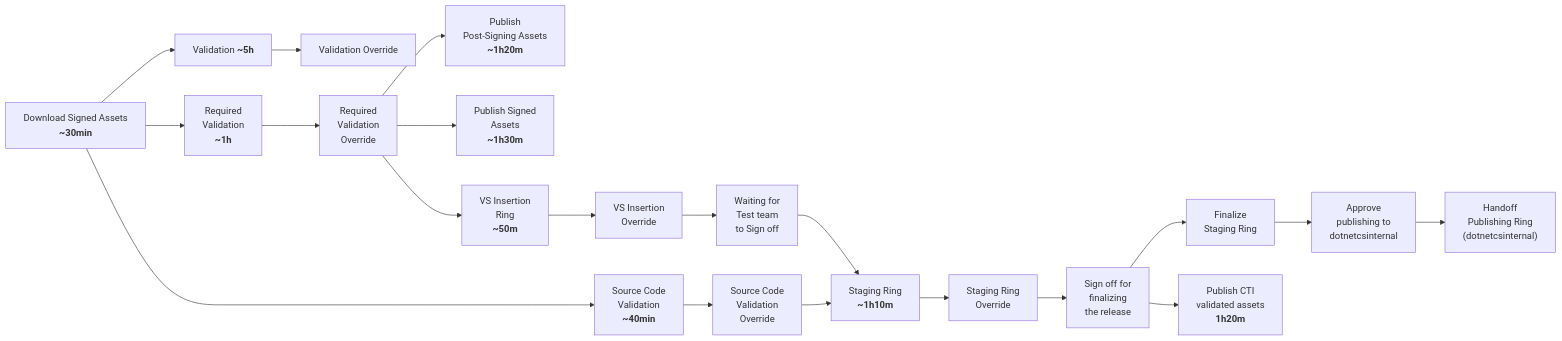
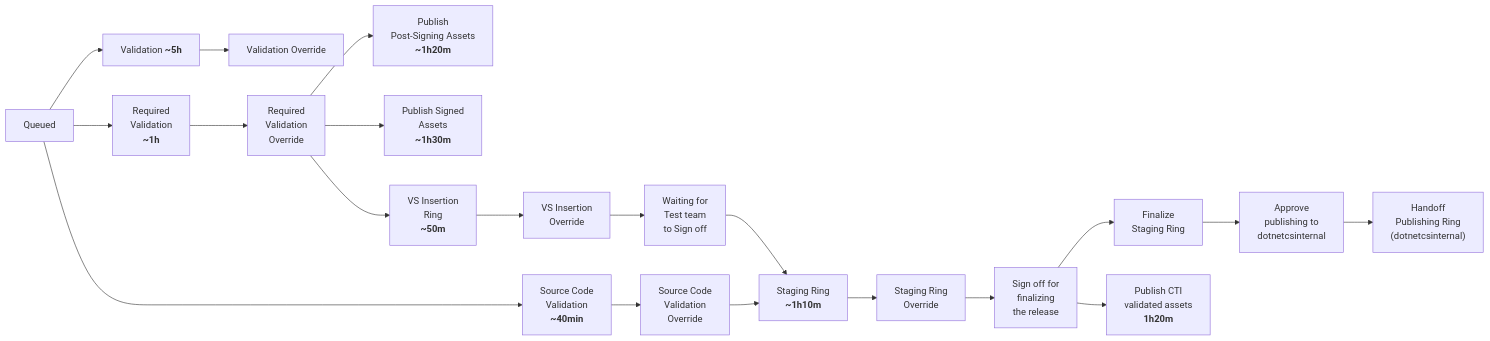
Before and after one commit to dotnet/arcade: the third of 4 diagrams in Documentation/TeamProcess/One-Pagers/retrying-stages-staging-pipeline.md, drawn with Mermaid. The commit also changed other lines of this file, not shown here.

````diff
--- a/Documentation/TeamProcess/One-Pagers/retrying-stages-staging-pipeline.md
+++ b/Documentation/TeamProcess/One-Pagers/retrying-stages-staging-pipeline.md
@@ -87,22 +87,22 @@
 ```mermaid
 flowchart LR;
-  downloadAssets["Download Signed Assets \n <b>~30min</b>"] --> validation["Validation <b>~5h</b>"]
+  start["Queued \n"] --> validation["Validation <b>~5h</b>"]
   validation --> validation_override[Validation Override]
-  downloadAssets--> source_code_validation["Source Code \n Validation \n <b>~40min</b>"]
+  start--> source_code_validation["Source Code \n Validation \n <b>~40min</b>"]
   source_code_validation --> source_code_validation_override[Source Code \n Validation \n Override]
-  downloadAssets--> required_validation["Required \n Validation \n <b>~1h</b>"]
+  start--> required_validation["Required \n Validation \n <b>~1h</b>"]
   required_validation --> required_validation_override[Required \n Validation \n Override]
   required_validation_override --> publishing_v3_signed["Publish \n Post-Signing Assets \n <b>~1h20m</b>"]
   required_validation_override --> post_signing_publishing["Publish Signed \n Assets \n <b>~1h30m</b>"]
   required_validation_override --> vs_insertion["VS Insertion \n Ring \n <b>~50m</b>"]
   vs_insertion --> vs_insertion_override["VS Insertion \n Override \n <b></b>"]
   vs_insertion_override --> test_team_sign_off["Waiting for \n Test team \n to Sign off \n <b></b>"]
   test_team_sign_off --> staging_ring["Staging Ring \n <b></b>"]
   source_code_validation_override --> staging_ring["Staging Ring \n <b>~1h10m</b>"]
   staging_ring --> staging_ring_override["Staging Ring \n Override \n <b></b>"]
   staging_ring_override --> sign_off_for_finalizing_release["Sign off for \nfinalizing \n the release \n <b></b>"]
   sign_off_for_finalizing_release --> finalize_staging_ring["Finalize \n Staging Ring \n <b></b>"]
   sign_off_for_finalizing_release --> publish_cit_validated_assets["Publish CTI \n validated assets \n <b>1h20m</b>"]
   finalize_staging_ring --> approve_publishing_dotnetcs_internal["Approve \n publishing to \n dotnetcsinternal \n <b></b>"]
   approve_publishing_dotnetcs_internal --> handoff_publishing_ring["Handoff \n Publishing Ring \n (dotnetcsinternal) \n <b></b>"]
 ```
````
